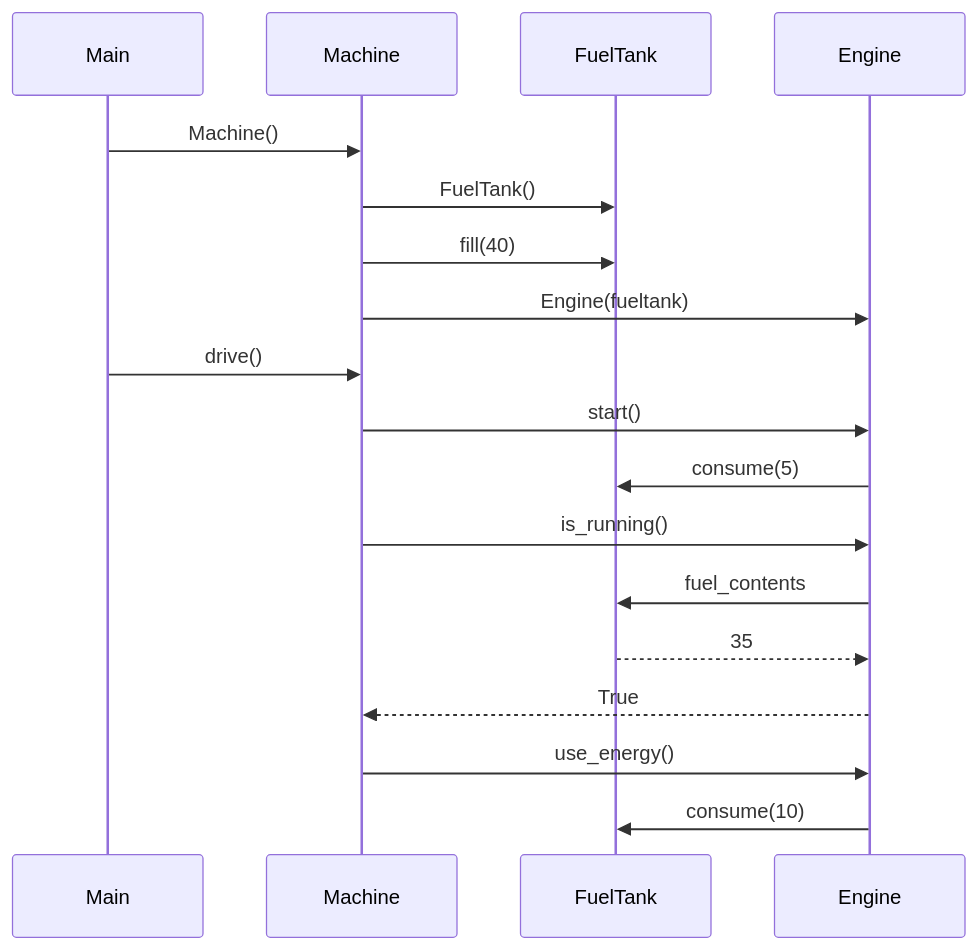
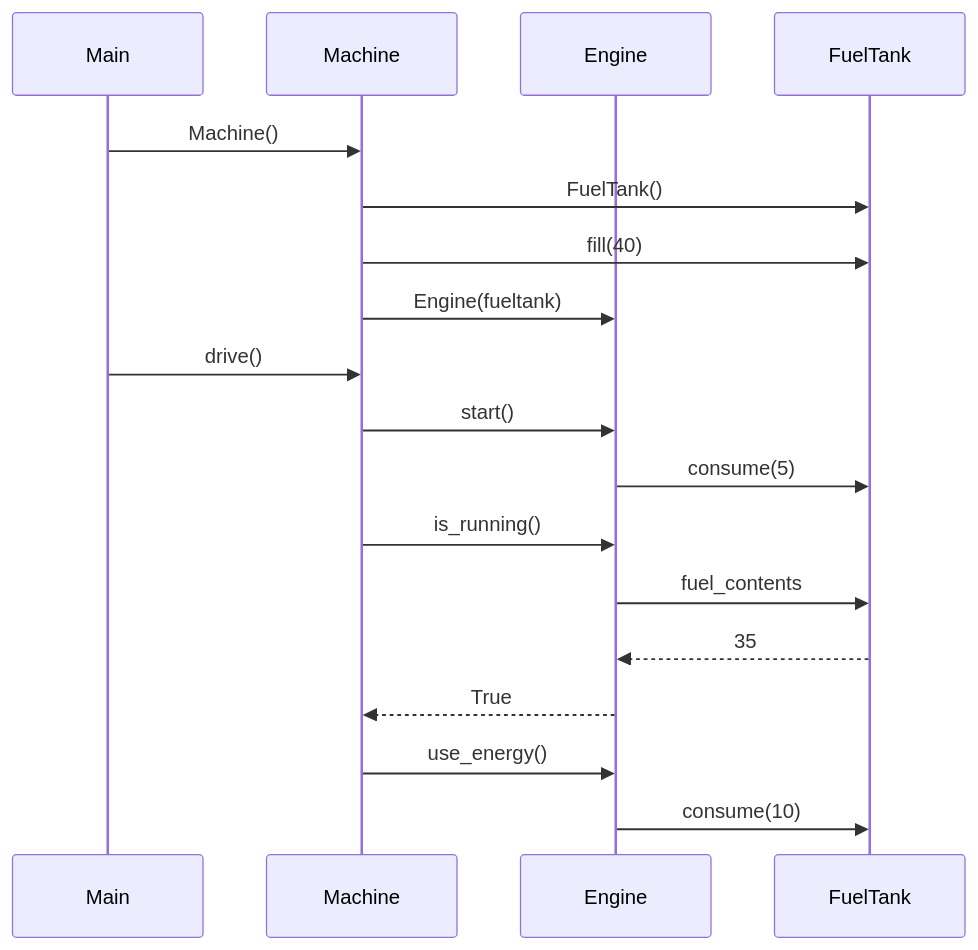
The diagram in laskarit/viikko3/machine-sekvenssikaavio.md (Peikkohi/ot-harjoitustyo), drawn with Mermaid before and after one commit. The commit also changed other lines of this file, not shown here.

Commit message:
Fix sequence diagram

````diff
--- a/laskarit/viikko3/machine-sekvenssikaavio.md
+++ b/laskarit/viikko3/machine-sekvenssikaavio.md
@@ -1,21 +1,21 @@
 ```mermaid
 sequenceDiagram
 	participant Ma as Main
 	participant M as Machine
+	participant E as Engine
 	participant F as FuelTank
-	participant E as Engine
 
 	Ma->>M: Machine()
 	M->>F: FuelTank()
 	M->>F: fill(40)
 	M->>E: Engine(fueltank)
 	Ma->>M: drive()
 	M->>E: start()
 	E->>F: consume(5)
 	M->>E: is_running()
 	E->>F: fuel_contents
 	F-->>E: 35
 	E-->>M: True
 	M->>E: use_energy()
 	E->>F: consume(10)
 ```
````
